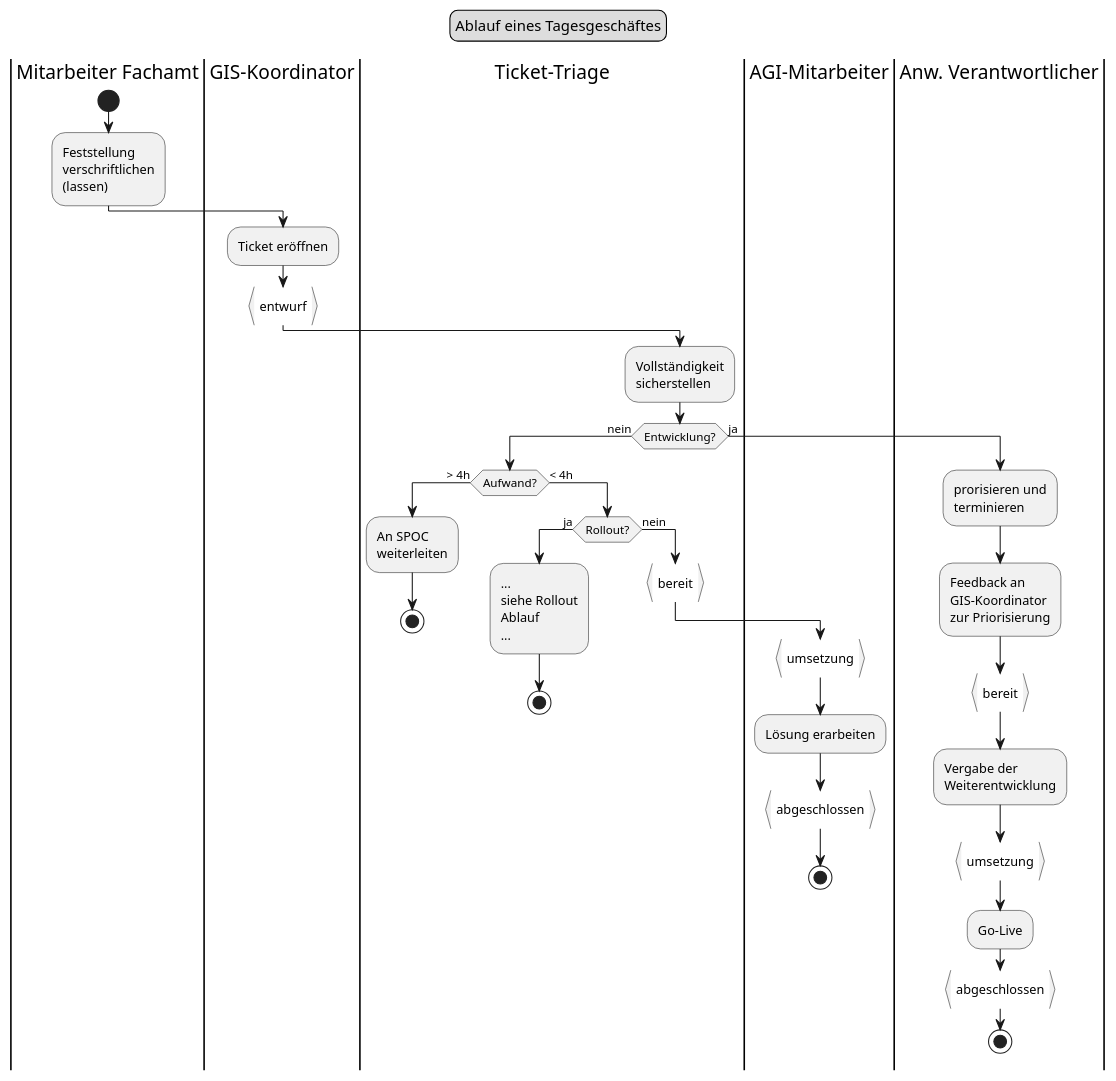
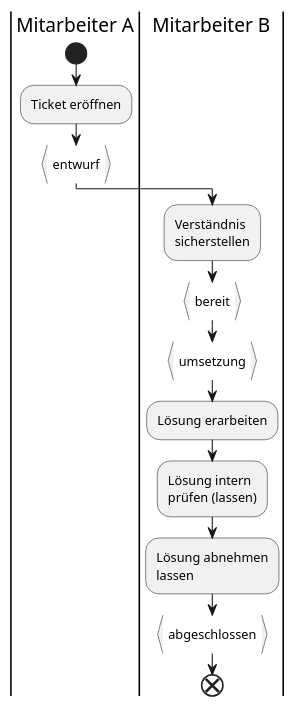
One commit to ojeker/docktick changed the diagram in puml/src/flow_ticket.puml. Above: the diagram before and after it, drawn with PlantUML. The commit also changed 6 other files, not shown here.

```diff
--- a/puml/src/flow_ticket.puml
+++ b/puml/src/flow_ticket.puml
@@ -1,53 +1,18 @@
 @startuml
-legend top
-	Ablauf eines Tagesgeschäftes
-end legend
-|Mitarbeiter Fachamt|
+|Mitarbeiter A|
 start
-:Feststellung
-verschriftlichen
-(lassen);
-|GIS-Koordinator|
 :Ticket eröffnen;
 :entwurf}
-|Ticket-Triage|
-:Vollständigkeit
+|Mitarbeiter B|
+:Verständnis
 sicherstellen;
-
-if (Entwicklung?) then (nein)
-  if (Aufwand?) then (> 4h)
-    :An SPOC
-    weiterleiten;
-    stop
-  else (< 4h)
-  	if (Rollout?) then (ja)
-      :...
-      siehe Rollout
-      Ablauf
-      ...;
-      stop
-    else (nein)
-      :bereit}
-      |AGI-Mitarbeiter|
-      :umsetzung}
-      :Lösung erarbeiten;
-      :abgeschlossen}
-      stop
-    endif
-  endif
-else (ja)
-  |Anw. Verantwortlicher|
-  :prorisieren und
-  terminieren;
-  :Feedback an
-  GIS-Koordinator
-  zur Priorisierung;
-  :bereit}
-  :Vergabe der
-  Weiterentwicklung;
-  :umsetzung}
-  :Go-Live;
-  :abgeschlossen}
-  stop
-endif
+:bereit}
+:umsetzung}
+:Lösung erarbeiten;
+:Lösung intern
+prüfen (lassen);
+:Lösung abnehmen
+lassen;
+:abgeschlossen}
+end
 @enduml
```
